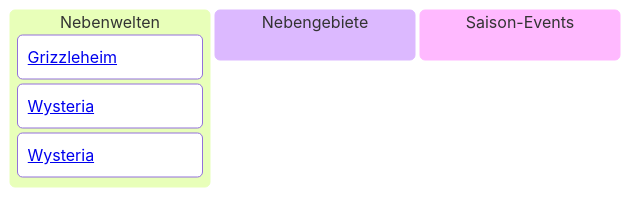
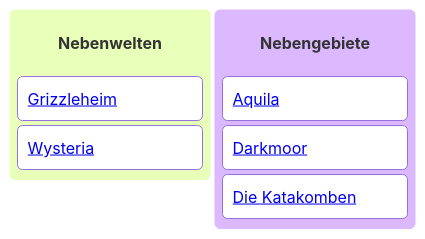
One commit to Wizziii/ravenpedia-wiki changed the second of 2 diagrams in content/index.md. Above: the diagram before and after it, drawn with Mermaid. The commit also changed other lines of this file and 7 other files, not shown here.

````diff
--- a/content/index.md
+++ b/content/index.md
@@ -72,21 +62,10 @@
 ```mermaid
-%%{init: { 
-  "theme": "base",
-  "themeVariables": {
-    "background": "#ffffff",
-    "primaryColor": "#ffffff",
-    "primaryTextColor": "#000000",
-    "tertiaryColor": "#000000",
-    "textColor": "#000000",
-    "lineColor": "#000000",
-  }
-}}%%
 kanban
-  Nebenwelten
-    <a href='https://ravenpedia.xyz/Welten/Grizzleheim/' target='_blank'>Grizzleheim</a>
-    <a href='https://ravenpedia.xyz/Welten/Wysteria/' target='_blank'>Wysteria</a>
-    <a href='https://ravenpedia.xyz/Welten/Wysteria/' target='_blank'>Wysteria</a>
-  Nebengebiete
-
-  Saison-Events
+<h4>Nebenwelten</h4>
+	<a href="https://ravenpedia.xyz/Welten/Grizzleheim">Grizzleheim</a>
+    <a href="https://ravenpedia.xyz/Welten/Wysteria">Wysteria</a>
+<h4>Nebengebiete</h4>
+	<a href="https://ravenpedia.xyz/Welten/Wizard-City/Zyklopenweg/Aquila">Aquila</a>
+	<a href="https://ravenpedia.xyz/Welten/Wizard-City/Schattenbruch/Darkmoor">Darkmoor</a>
+	<a href="https://ravenpedia.xyz/Welten/Wizard-City/Golemturm/Die-Katakomben">Die Katakomben</a>
 ```
````
